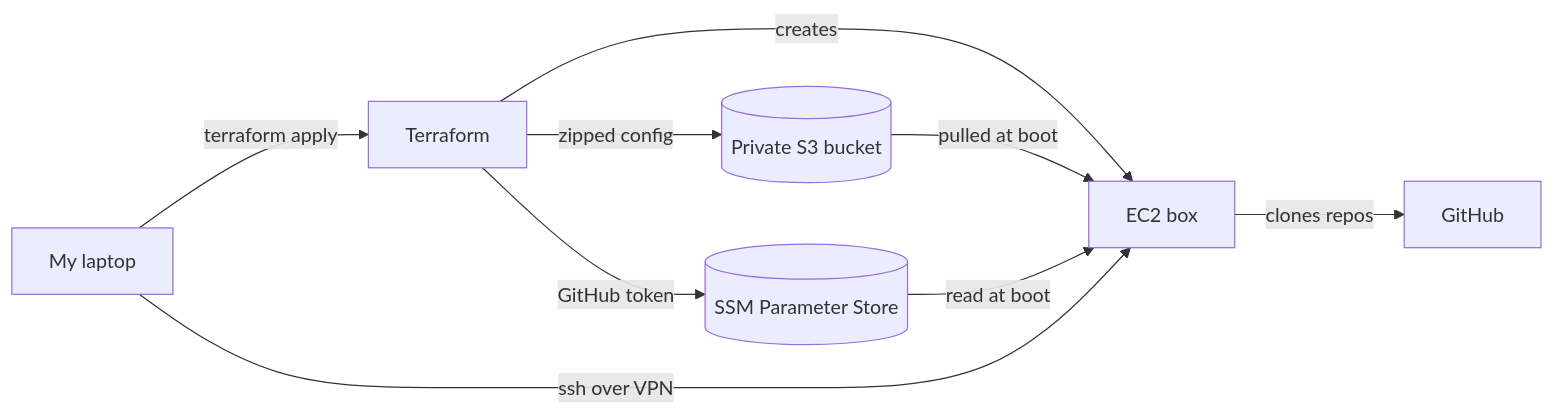
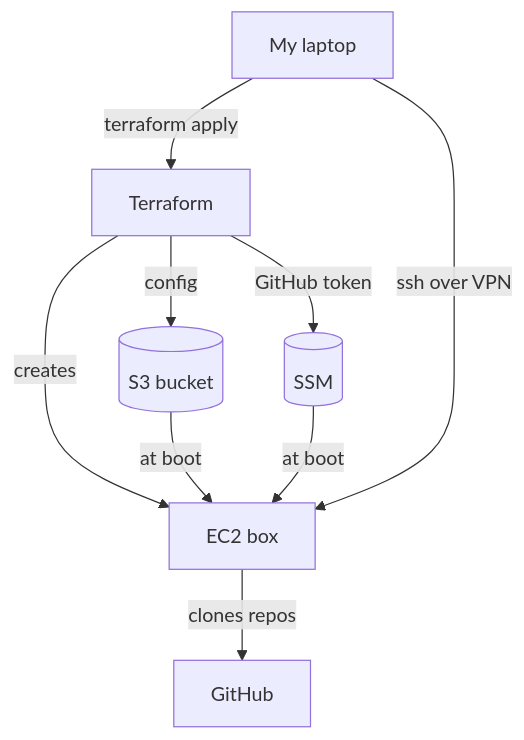
One commit to jsphwllng/jsphwllng.github.io changed the diagram in _blog/claude_devbox.md. Above: the diagram before and after it, drawn with Mermaid. The commit also changed other lines of this file, not shown here.

Commit message:
Lay out devbox diagram top-down and unbold memories line

````diff
--- a/_blog/claude_devbox.md
+++ b/_blog/claude_devbox.md
@@ -23,11 +23,11 @@
 ```mermaid
-graph LR
+graph TD
   laptop[My laptop] -->|terraform apply| tf[Terraform]
-  tf -->|zipped config| s3[(Private S3 bucket)]
-  tf -->|GitHub token| ssm[(SSM Parameter Store)]
+  tf -->|config| s3[(S3 bucket)]
+  tf -->|GitHub token| ssm[(SSM)]
   tf -->|creates| box[EC2 box]
-  s3 -->|pulled at boot| box
-  ssm -->|read at boot| box
+  s3 -->|at boot| box
+  ssm -->|at boot| box
   laptop -->|ssh over VPN| box
   box -->|clones repos| gh[GitHub]
 ```
````
